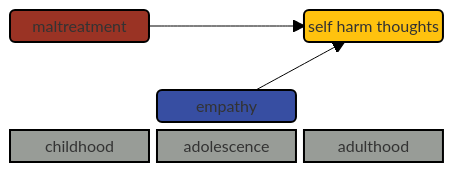
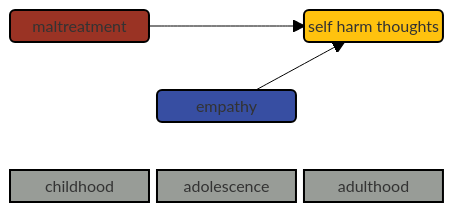
One commit to agrogan1/closeread changed the diagram in empathy/README.md. Above: the diagram before and after it, drawn with Mermaid (forest theme).

````diff
--- a/empathy/README.md
+++ b/empathy/README.md
@@ -12,25 +12,26 @@
 ```mermaid
 block
   columns 3
   m space sh
   space space space
   space e space
+  space space space
   childhood adolescence adulthood
 
   m("maltreatment") --> sh("self harm thoughts")
 
   e("empathy") --> sh
 
   style m fill:#9A3324,stroke:#000000,stroke-width:2px,color:#FFFFFF;
 
   style e fill:#374EA2,stroke:#000000,stroke-width:2px,color:#FFFFFF;
 
   style sh fill:#FFC20E,stroke:#000000,stroke-width:2px,color:#000000;
 
   style childhood fill:#989C97,stroke:#000000,stroke-width:2px,color:#000000;
 
   style adolescence fill:#989C97,stroke:#000000,stroke-width:2px,color:#000000;
 
   style adulthood fill:#989C97,stroke:#000000,stroke-width:2px,color:#000000;
 
 ```
````
